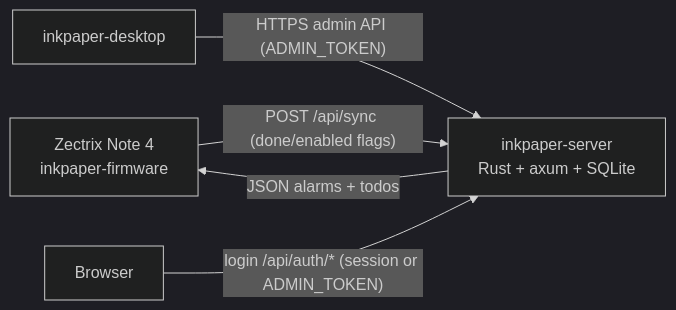
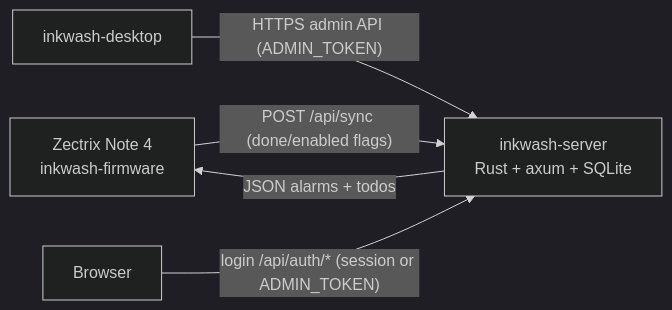
Before and after one commit to counhopig/inkwash-server: the diagram in README.md, drawn with Mermaid (dark theme). The commit also changed other lines of this file and 19 other files, not shown here.

First line of the commit message:
refactor!: rebrand Inkpaper to Inkwash

````diff
--- a/README.md
+++ b/README.md
@@ -21,7 +21,7 @@
 ```mermaid
 flowchart LR
-    D["Zectrix Note 4<br/>inkpaper-firmware"] -->|"POST /api/sync (done/enabled flags)"| S["inkpaper-server<br/>Rust + axum + SQLite"]
+    D["Zectrix Note 4<br/>inkwash-firmware"] -->|"POST /api/sync (done/enabled flags)"| S["inkwash-server<br/>Rust + axum + SQLite"]
     S -->|"JSON alarms + todos"| D
-    T["inkpaper-desktop"] -->|"HTTPS admin API (ADMIN_TOKEN)"| S
+    T["inkwash-desktop"] -->|"HTTPS admin API (ADMIN_TOKEN)"| S
     U["Browser"] -->|"login /api/auth/* (session or ADMIN_TOKEN)"| S
 ```
````
